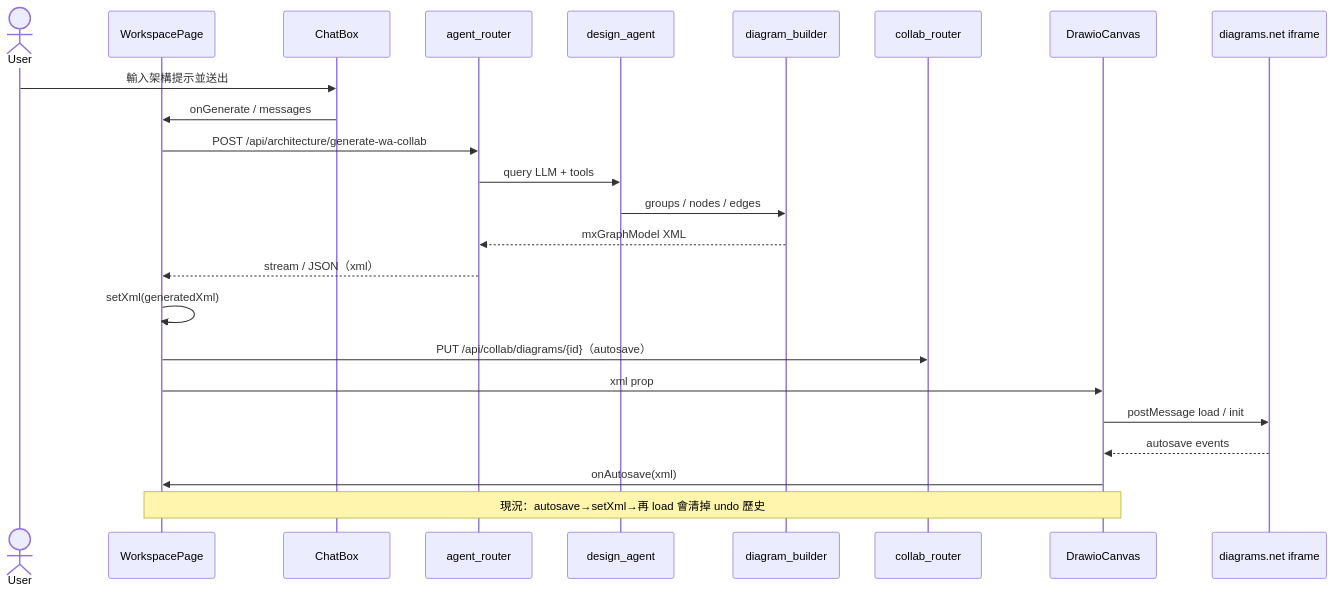
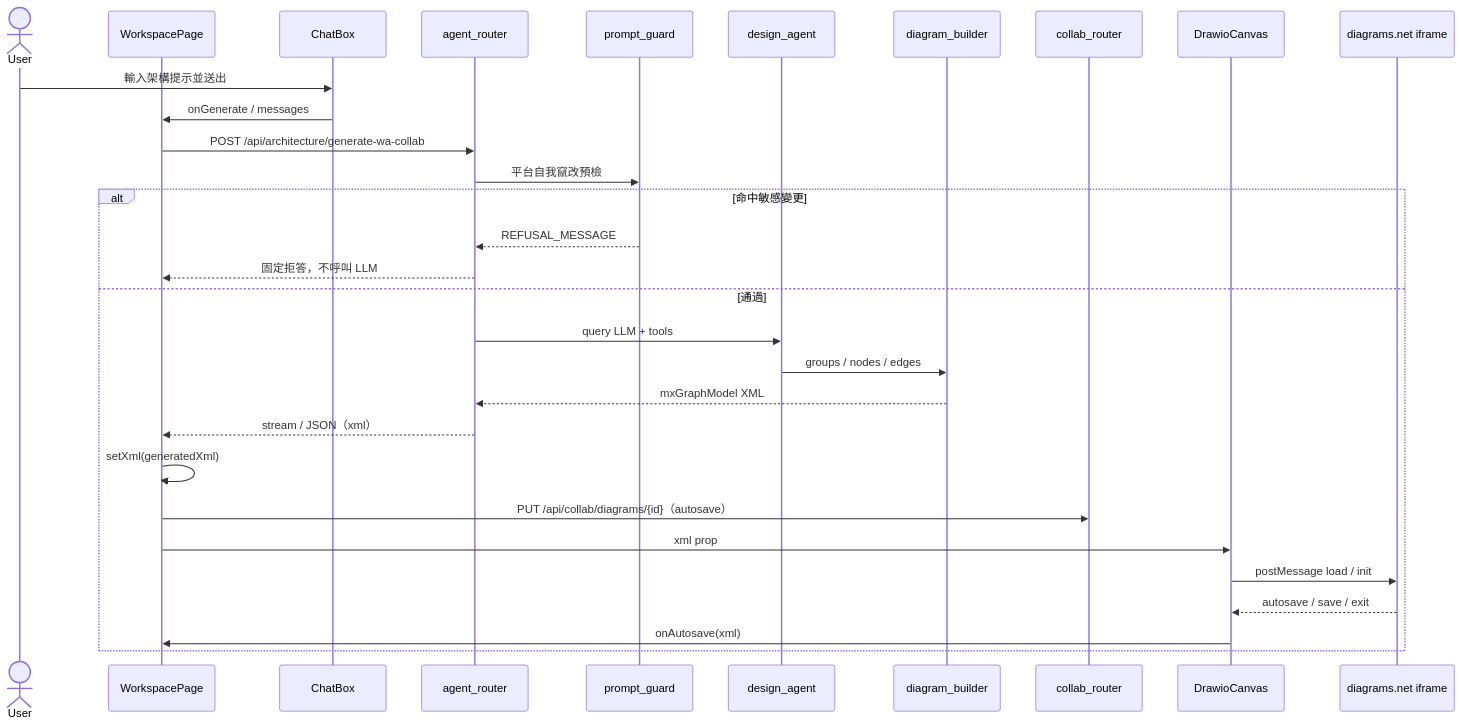
The second of 4 diagrams in aidlc/spaces/default/codekb/cloud/architecture.md (opendiamonds/awesome-firebase-use-cases), drawn with Mermaid before and after one commit. The commit also changed other lines of this file and 252 other files, not shown here.

````diff
--- a/aidlc/spaces/default/codekb/cloud/architecture.md
+++ b/aidlc/spaces/default/codekb/cloud/architecture.md
@@ -76,27 +93,33 @@
 ```mermaid
 sequenceDiagram
   actor U as User
   participant WP as WorkspacePage
   participant Chat as ChatBox
   participant API as agent_router
+  participant Guard as prompt_guard
   participant DA as design_agent
   participant DBB as diagram_builder
   participant Collab as collab_router
   participant DC as DrawioCanvas
   participant DIO as diagrams.net iframe
 
   U->>Chat: 輸入架構提示並送出
   Chat->>WP: onGenerate / messages
   WP->>API: POST /api/architecture/generate-wa-collab
-  API->>DA: query LLM + tools
-  DA->>DBB: groups / nodes / edges
-  DBB-->>API: mxGraphModel XML
-  API-->>WP: stream / JSON（xml）
-  WP->>WP: setXml(generatedXml)
-  WP->>Collab: PUT /api/collab/diagrams/{id}（autosave）
-  WP->>DC: xml prop
-  DC->>DIO: postMessage load / init
-  DIO-->>DC: autosave events
-  DC->>WP: onAutosave(xml)
-  Note over WP,DC: 現況：autosave→setXml→再 load 會清掉 undo 歷史
+  API->>Guard: 平台自我竄改預檢
+  alt 命中敏感變更
+    Guard-->>API: REFUSAL_MESSAGE
+    API-->>WP: 固定拒答，不呼叫 LLM
+  else 通過
+    API->>DA: query LLM + tools
+    DA->>DBB: groups / nodes / edges
+    DBB-->>API: mxGraphModel XML
+    API-->>WP: stream / JSON（xml）
+    WP->>WP: setXml(generatedXml)
+    WP->>Collab: PUT /api/collab/diagrams/{id}（autosave）
+    WP->>DC: xml prop
+    DC->>DIO: postMessage load / init
+    DIO-->>DC: autosave / save / exit
+    DC->>WP: onAutosave(xml)
+  end
 ```
````
